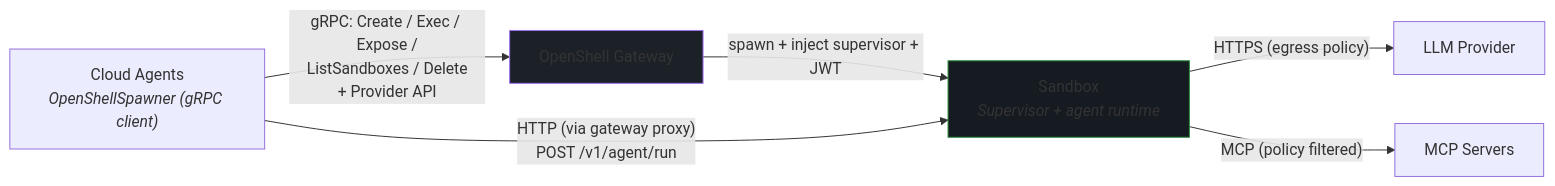
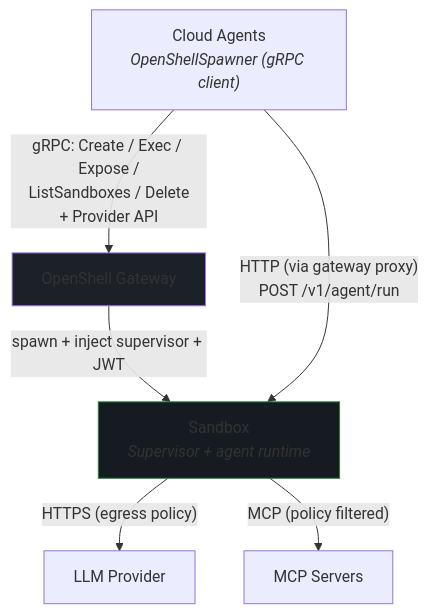
One commit to jameswnl/lightspeed-cloud-agents changed the first of 3 diagrams in docs/architecture-with-openshell.md. Above: the diagram before and after it, drawn with Mermaid. The commit also changed other lines of this file, not shown here.

First line of the commit message:
Link Skills Access to CLAUDE.md, make top diagram vertical

````diff
--- a/docs/architecture-with-openshell.md
+++ b/docs/architecture-with-openshell.md
@@ -5,17 +5,17 @@
 ```mermaid
-graph LR
+graph TD
     WR["Cloud Agents<br/><i>OpenShellSpawner (gRPC client)</i>"]
     GW["OpenShell Gateway"]
     SB["Sandbox<br/><i>Supervisor + agent runtime</i>"]
     LLM["LLM Provider"]
     MCP["MCP Servers"]
 
     WR -- "gRPC: Create / Exec / Expose /<br/>ListSandboxes / Delete<br/>+ Provider API" --> GW
     GW -- "spawn + inject supervisor + JWT" --> SB
     WR -- "HTTP (via gateway proxy)<br/>POST /v1/agent/run" --> SB
     SB -- "HTTPS (egress policy)" --> LLM
     SB -- "MCP (policy filtered)" --> MCP
 
     style GW fill:#1c2128,stroke:#a371f7
     style SB fill:#161b22,stroke:#238636
 ```
````
